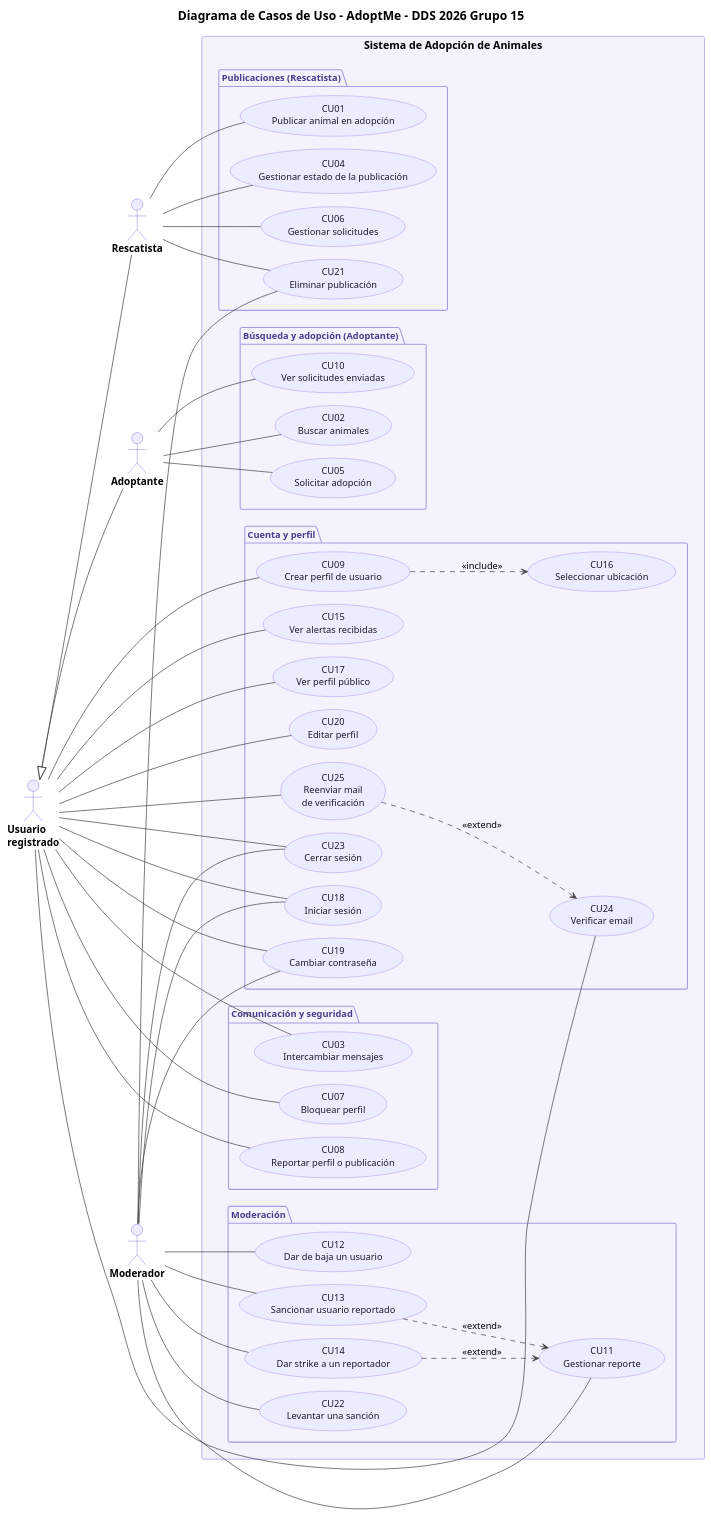
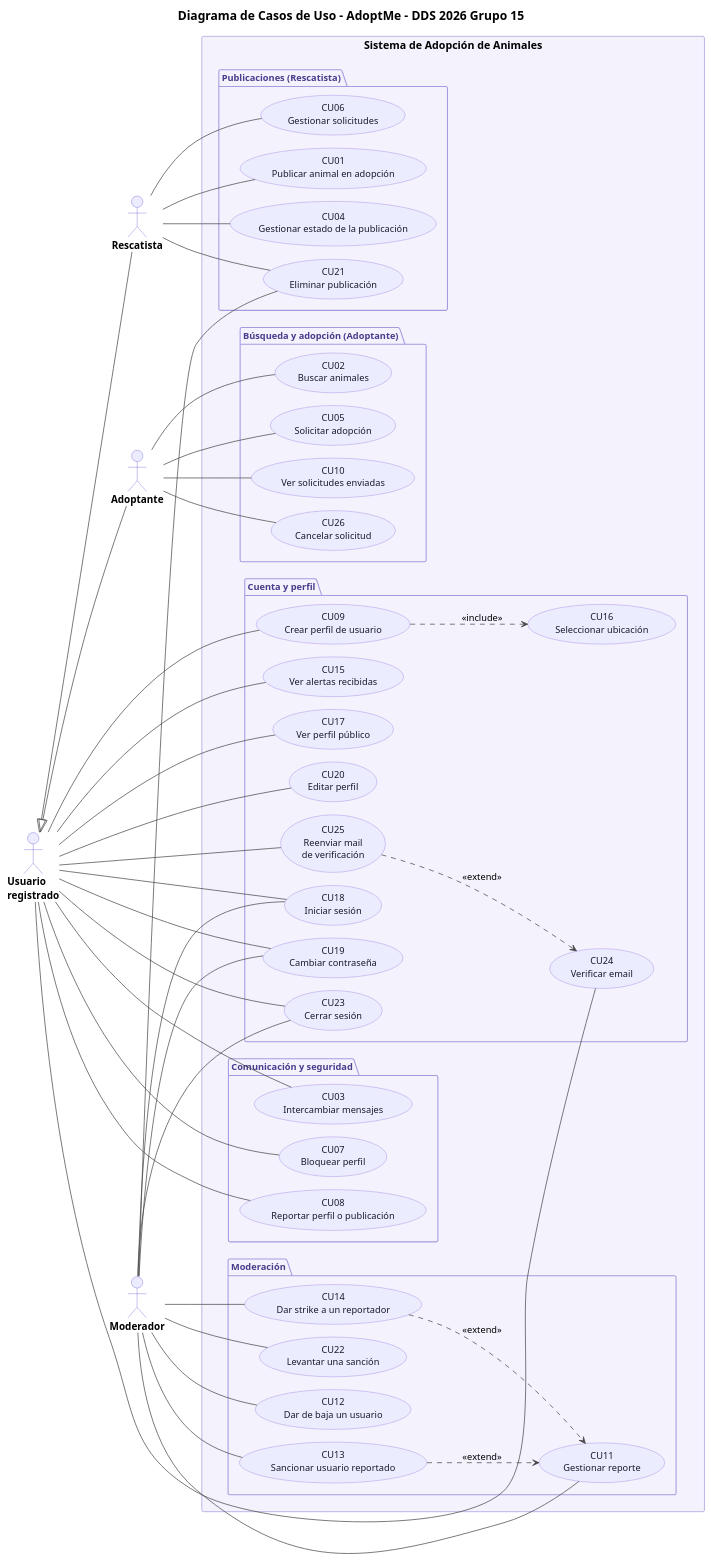
The diagram in documentacion/fuentes-diagramas/casos-de-uso.puml (JavierAlbertoBenitez/proyectoDDSAdoptMeGrupo15), drawn with PlantUML before and after one commit. The commit also changed 7 other files, not shown here.

Commit message:
Documentacion actualizada: diagramas, CU26 y cancelación de solicitud

```diff
--- a/documentacion/fuentes-diagramas/casos-de-uso.puml
+++ b/documentacion/fuentes-diagramas/casos-de-uso.puml
@@ -1,131 +1,133 @@
 @startuml
 title Diagrama de Casos de Uso - AdoptMe - DDS 2026 Grupo 15
 
 left to right direction
 skinparam backgroundColor white
 skinparam shadowing false
 skinparam defaultFontName Arial
 skinparam defaultFontSize 13
 skinparam titleFontSize 17
 skinparam ArrowColor #444444
 skinparam nodesep 18
 skinparam ranksep 70
 skinparam actor {
   BackgroundColor #ECECFF
   BorderColor #6C4FD6
   FontSize 14
   FontStyle bold
 }
 skinparam usecase {
   BackgroundColor #ECECFF
   BorderColor #9370DB
   FontColor #1A1A2E
 }
 skinparam rectangle {
   BackgroundColor #FCFCFF
   BorderColor #6C4FD6
   FontSize 15
   FontStyle bold
 }
 skinparam package {
   BackgroundColor #F4F2FD
   BorderColor #A79BE0
   FontSize 13
   FontStyle bold
   FontColor #4A3B8C
 }
 
 actor "Usuario\nregistrado" as U
 actor "Rescatista"  as R
 actor "Adoptante"   as A
 actor "Moderador"   as M
 
 U <|-- R
 U <|-- A
 
 rectangle "Sistema de Adopción de Animales" {
 
   package "Cuenta y perfil" {
     usecase "CU09\nCrear perfil de usuario" as CU09
     usecase "CU16\nSeleccionar ubicación"   as CU16
     usecase "CU15\nVer alertas recibidas"   as CU15
     usecase "CU17\nVer perfil público"      as CU17
     usecase "CU18\nIniciar sesión"          as CU18
     usecase "CU19\nCambiar contraseña"      as CU19
     usecase "CU20\nEditar perfil"           as CU20
     usecase "CU23\nCerrar sesión"           as CU23
     usecase "CU24\nVerificar email"         as CU24
     usecase "CU25\nReenviar mail\nde verificación"  as CU25
   }
 
   package "Comunicación y seguridad" {
     usecase "CU03\nIntercambiar mensajes"         as CU03
     usecase "CU07\nBloquear perfil"               as CU07
     usecase "CU08\nReportar perfil o publicación" as CU08
   }
 
   package "Publicaciones (Rescatista)" {
     usecase "CU01\nPublicar animal en adopción"        as CU01
     usecase "CU04\nGestionar estado de la publicación" as CU04
     usecase "CU06\nGestionar solicitudes"              as CU06
     usecase "CU21\nEliminar publicación"               as CU21
   }
 
   package "Búsqueda y adopción (Adoptante)" {
     usecase "CU02\nBuscar animales"           as CU02
     usecase "CU05\nSolicitar adopción"        as CU05
     usecase "CU10\nVer solicitudes enviadas"  as CU10
+    usecase "CU26\nCancelar solicitud"        as CU26
   }
 
   package "Moderación" {
     usecase "CU11\nGestionar reporte"            as CU11
     usecase "CU12\nDar de baja un usuario"       as CU12
     usecase "CU13\nSancionar usuario reportado"  as CU13
     usecase "CU14\nDar strike a un reportador"   as CU14
     usecase "CU22\nLevantar una sanción"         as CU22
   }
 }
 
 ' --- Lo que puede hacer cualquier usuario registrado ---
 U -- CU09
 U -- CU15
 U -- CU03
 U -- CU07
 U -- CU08
 U -- CU17
 U -- CU18
 U -- CU19
 U -- CU20
 U -- CU23
 U -- CU24
 U -- CU25
 
 ' --- Propio del Rescatista ---
 R -- CU01
 R -- CU04
 R -- CU06
 R -- CU21
 
 ' --- Propio del Adoptante ---
 A -- CU02
 A -- CU05
 A -- CU10
+A -- CU26
 
 ' --- Propio del Moderador ---
 M -- CU18
 M -- CU19
 M -- CU23
 M -- CU11
 M -- CU12
 M -- CU13
 M -- CU14
 M -- CU22
 M -- CU21
 
 ' --- Relaciones entre casos de uso ---
 CU09 ..> CU16 : <<include>>
 CU25 ..> CU24 : <<extend>>
 CU13 ..> CU11 : <<extend>>
 CU14 ..> CU11 : <<extend>>
 
 @enduml
```
